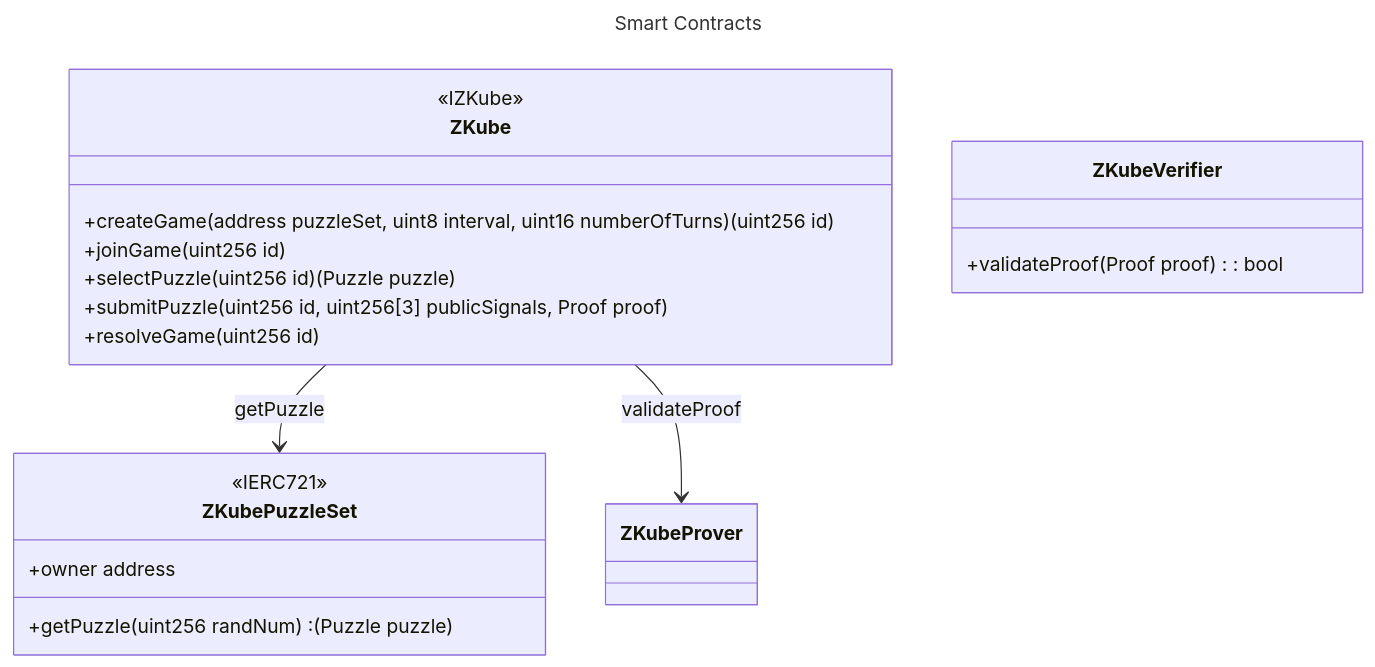
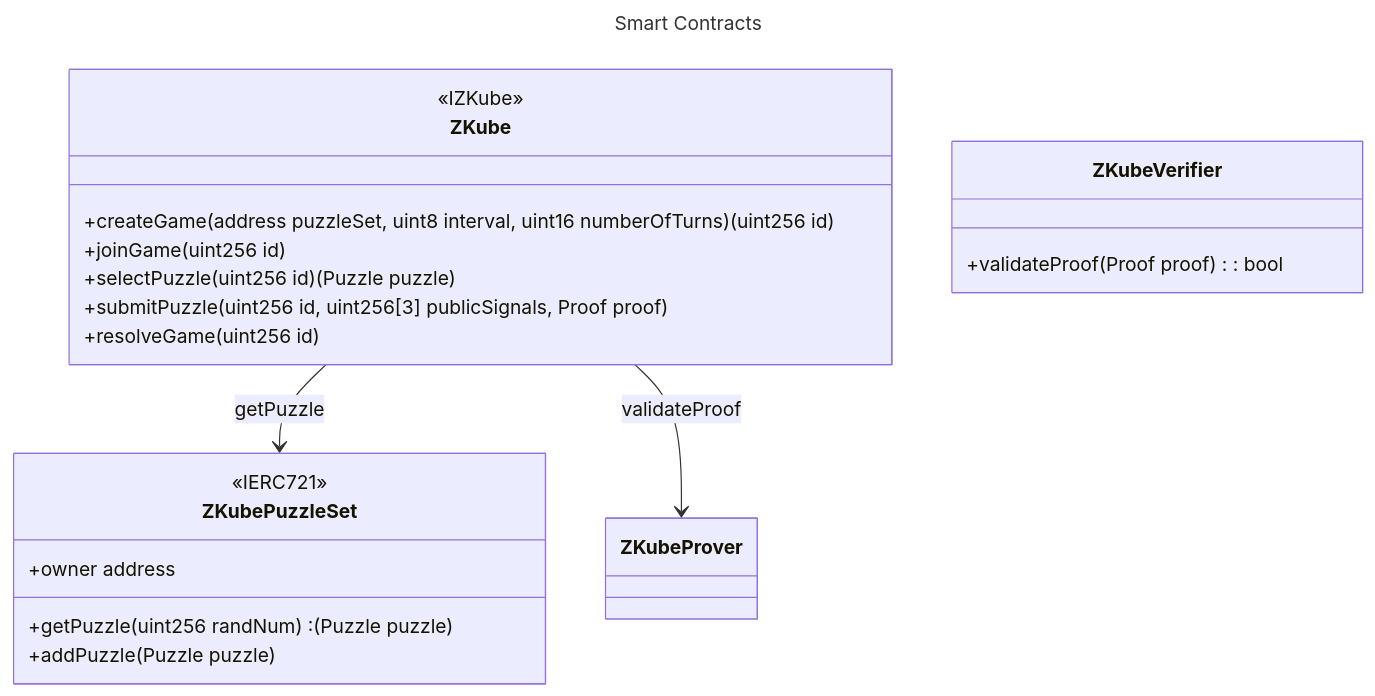
Before and after one commit to mycenaean-n/zkomposer: the diagram in README.md, drawn with Mermaid.

````diff
--- a/README.md
+++ b/README.md
@@ -20,30 +20,31 @@
 ```mermaid
 ---
 title: Smart Contracts
 ---
 classDiagram
 class ZKube{
     <<IZKube>>
     +createGame(address puzzleSet, uint8 interval, uint16 numberOfTurns) (uint256 id)
     +joinGame(uint256 id)
     +selectPuzzle(uint256 id) (Puzzle puzzle)
     +submitPuzzle(uint256 id, uint256[3] publicSignals, Proof proof)
     +resolveGame(uint256 id)
 }
 
 class ZKubePuzzleSet {
         <<IERC721>>
         +owner address
         +getPuzzle(uint256 randNum) : (Puzzle puzzle)
+        +addPuzzle(Puzzle puzzle)
 } 
 
 ZKube --> ZKubePuzzleSet: getPuzzle
 
 class ZKubeVerifier {
     +validateProof (Proof proof) : bool
 }
 
 ZKube --> ZKubeProver: validateProof
 
 
 ```
````
